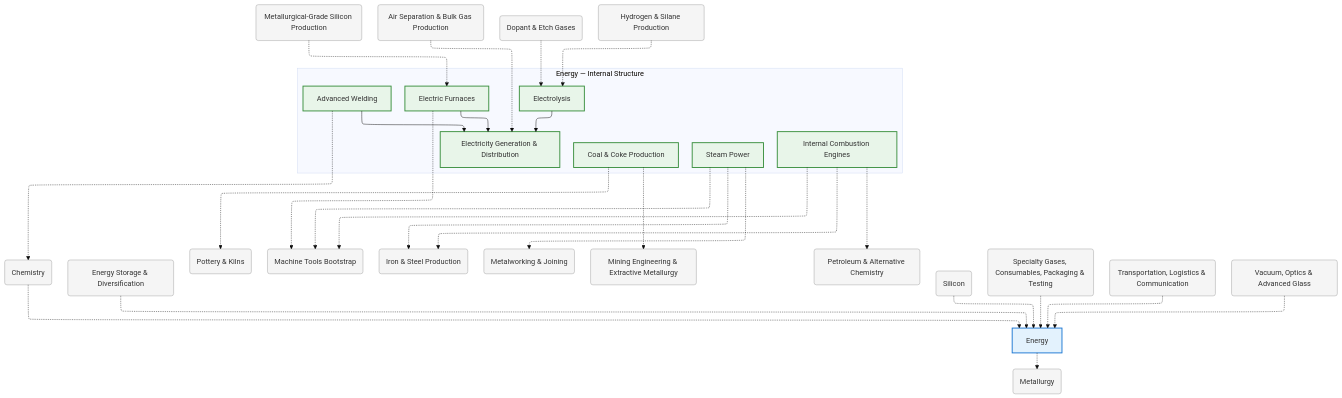
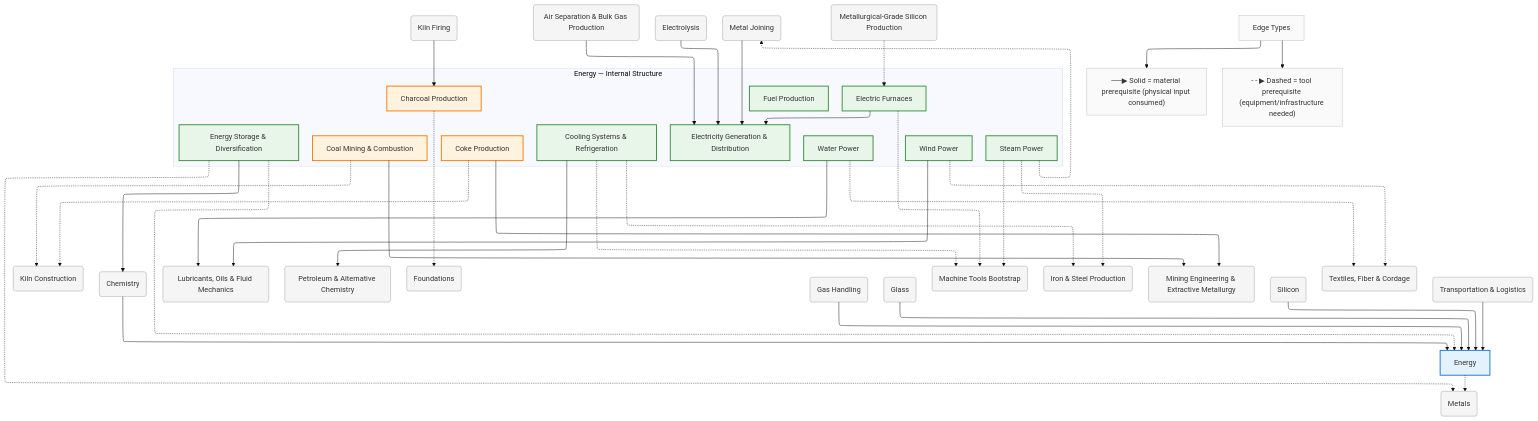
One commit to egofree/TechTree changed the diagram in diagrams/mermaid/energy.mmd. Above: the diagram before and after it, drawn with Mermaid (base theme). The commit also changed 162 other files, not shown here.

First line of the commit message:
refactor: dissolve vacuum-optics into 4 new domains, restructure ontology to 20 domains

```diff
--- a/diagrams/mermaid/energy.mmd
+++ b/diagrams/mermaid/energy.mmd
@@ -1,97 +1,123 @@
 %%{init: {"flowchart": {"defaultRenderer": "elk", "htmlLabels": true}}}%%
 graph TD
     %% Domain: Energy
 
     %% ==================== INTERNAL NODES ====================
     subgraph energy_internal ["Energy — Internal Structure"]
         direction TB
-        energy_coal-coke["Coal & Coke Production"]
+        energy_gravity["Water Power"]
+        energy_wind["Wind Power"]
+        energy_fuels["Fuel Production"]
+        energy_fuels_charcoal["Charcoal Production"]
+        energy_fuels_coal["Coal Mining & Combustion"]
+        energy_fuels_coke["Coke Production"]
         energy_steam-power["Steam Power"]
         energy_electricity["Electricity Generation & Distribution"]
         energy_electric-furnaces["Electric Furnaces"]
-        energy_ice["Internal Combustion Engines"]
-        energy_electrolysis["Electrolysis"]
-        energy_welding["Advanced Welding"]
+        energy_cooling["Cooling Systems & Refrigeration"]
+        energy_storage["Energy Storage & Diversification"]
     end
 
     %% ==================== DOMAIN NODE ====================
     energy["Energy"]
 
     %% ==================== EXTERNAL DEPENDENCIES ====================
+    ceramics_kilns("Kiln Construction")
+    ceramics_pottery_kiln-firing("Kiln Firing")
     chemistry("Chemistry")
-    energy-storage("Energy Storage & Diversification")
-    foundations_kilns-pottery("Pottery & Kilns")
+    chemistry_air-separation("Air Separation & Bulk Gas Production")
+    chemistry_electrolysis("Electrolysis")
+    chemistry_lubricants("Lubricants, Oils & Fluid Mechanics")
+    chemistry_petroleum-alternatives("Petroleum & Alternative Chemistry")
+    foundations("Foundations")
+    gas-handling("Gas Handling")
+    glass("Glass")
     machine-tools("Machine Tools Bootstrap")
-    metallurgy("Metallurgy")
-    metallurgy_iron-steel("Iron & Steel Production")
-    metallurgy_metalworking("Metalworking & Joining")
+    machine-tools_joining("Metal Joining")
+    metals("Metals")
+    metals_iron-steel("Iron & Steel Production")
     mining("Mining Engineering & Extractive Metallurgy")
-    petrochemicals("Petroleum & Alternative Chemistry")
     silicon("Silicon")
     silicon_mg-si-production("Metallurgical-Grade Silicon Production")
-    specialty-gases("Specialty Gases, Consumables, Packaging & Testing")
-    specialty-gases_air-separation("Air Separation & Bulk Gas Production")
-    specialty-gases_dopant-etch-gases("Dopant & Etch Gases")
-    specialty-gases_hydrogen-silane("Hydrogen & Silane Production")
-    transport("Transportation, Logistics & Communication")
-    vacuum-optics("Vacuum, Optics & Advanced Glass")
+    textiles("Textiles, Fiber & Cordage")
+    transport("Transportation & Logistics")
 
     %% ==================== EDGES ====================
     energy_electric-furnaces --> energy_electricity
-    energy_electrolysis --> energy_electricity
-    energy_welding --> energy_electricity
-    energy -.-> metallurgy
-    energy_coal-coke -.-> foundations_kilns-pottery
-    energy_coal-coke -.-> mining
+    energy_storage -.-> energy
+    energy_gravity -.-> textiles
+    energy_wind -.-> textiles
+    energy_gravity --> chemistry_lubricants
+    energy_wind --> chemistry_lubricants
+    energy -.-> metals
+    energy_fuels_coal -.-> ceramics_kilns
+    energy_fuels_coke -.-> ceramics_kilns
+    energy_fuels_coal --> mining
+    energy_fuels_coke --> mining
     energy_steam-power -.-> machine-tools
-    energy_steam-power -.-> metallurgy_iron-steel
-    energy_steam-power -.-> metallurgy_metalworking
+    energy_steam-power -.-> metals_iron-steel
+    energy_steam-power -.-> machine-tools_joining
     energy_electric-furnaces -.-> machine-tools
-    energy_ice -.-> machine-tools
-    energy_ice -.-> metallurgy_iron-steel
-    energy_ice -.-> petrochemicals
-    energy_welding -.-> chemistry
-    chemistry -.-> energy
-    vacuum-optics -.-> energy
-    silicon -.-> energy
+    energy_cooling -.-> machine-tools
+    energy_cooling -.-> metals_iron-steel
+    energy_cooling --> chemistry_petroleum-alternatives
+    chemistry_electrolysis --> energy_electricity
+    machine-tools_joining --> energy_electricity
+    chemistry --> energy
+    glass --> energy
+    gas-handling --> energy
+    silicon --> energy
     silicon_mg-si-production -.-> energy_electric-furnaces
-    specialty-gases -.-> energy
-    specialty-gases_air-separation -.-> energy_electricity
-    specialty-gases_hydrogen-silane -.-> energy_electrolysis
-    specialty-gases_dopant-etch-gases -.-> energy_electrolysis
-    energy-storage -.-> energy
-    transport -.-> energy
+    chemistry_air-separation --> energy_electricity
+    energy_storage --> chemistry
+    energy_storage -.-> metals
+    transport --> energy
+    energy_fuels_charcoal -.-> foundations
+    ceramics_pottery_kiln-firing --> energy_fuels_charcoal
+
+    %% ==================== EDGE TYPE LEGEND ====================
+    EdgeLegend["Edge Types"]
+    EdgeLegend --> MatNote["──▶ Solid = material prerequisite (physical input consumed)"]
+    EdgeLegend --> ToolNote["- - ▶ Dashed = tool prerequisite (equipment/infrastructure needed)"]
 
     %% ==================== STYLING ====================
     classDef domain fill:#e3f2fd,stroke:#1976d2,stroke-width:2px
     classDef capability fill:#e8f5e9,stroke:#388e3c,stroke-width:2px
     classDef process fill:#fff3e0,stroke:#f57c00,stroke-width:2px
     classDef critical fill:#fff3e0,stroke:#f57c00,stroke-width:3px
     classDef earlyWin fill:#e8f5e9,stroke:#388e3c,stroke-width:3px
     classDef pinnacle fill:#fce4ec,stroke:#c62828,stroke-width:3px
     classDef external fill:#f5f5f5,stroke:#9e9e9e,stroke-width:1px
+    classDef legend fill:#fafafa,stroke:#bdbdbd,stroke-width:1px
     class energy domain
-    class energy_coal-coke capability
+    class energy_gravity capability
+    class energy_wind capability
+    class energy_fuels capability
+    class energy_fuels_charcoal process
+    class energy_fuels_coal process
+    class energy_fuels_coke process
     class energy_steam-power capability
     class energy_electricity capability
     class energy_electric-furnaces capability
-    class energy_ice capability
-    class energy_electrolysis capability
-    class energy_welding capability
+    class energy_cooling capability
+    class energy_storage capability
+    class ceramics_kilns external
+    class ceramics_pottery_kiln-firing external
     class chemistry external
-    class energy-storage external
-    class foundations_kilns-pottery external
+    class chemistry_air-separation external
+    class chemistry_electrolysis external
+    class chemistry_lubricants external
+    class chemistry_petroleum-alternatives external
+    class foundations external
+    class gas-handling external
+    class glass external
     class machine-tools external
-    class metallurgy external
-    class metallurgy_iron-steel external
-    class metallurgy_metalworking external
+    class machine-tools_joining external
+    class metals external
+    class metals_iron-steel external
     class mining external
-    class petrochemicals external
     class silicon external
     class silicon_mg-si-production external
-    class specialty-gases external
-    class specialty-gases_air-separation external
-    class specialty-gases_dopant-etch-gases external
-    class specialty-gases_hydrogen-silane external
+    class textiles external
     class transport external
-    class vacuum-optics external
+    class EdgeLegend,MatNote,ToolNote legend
```
